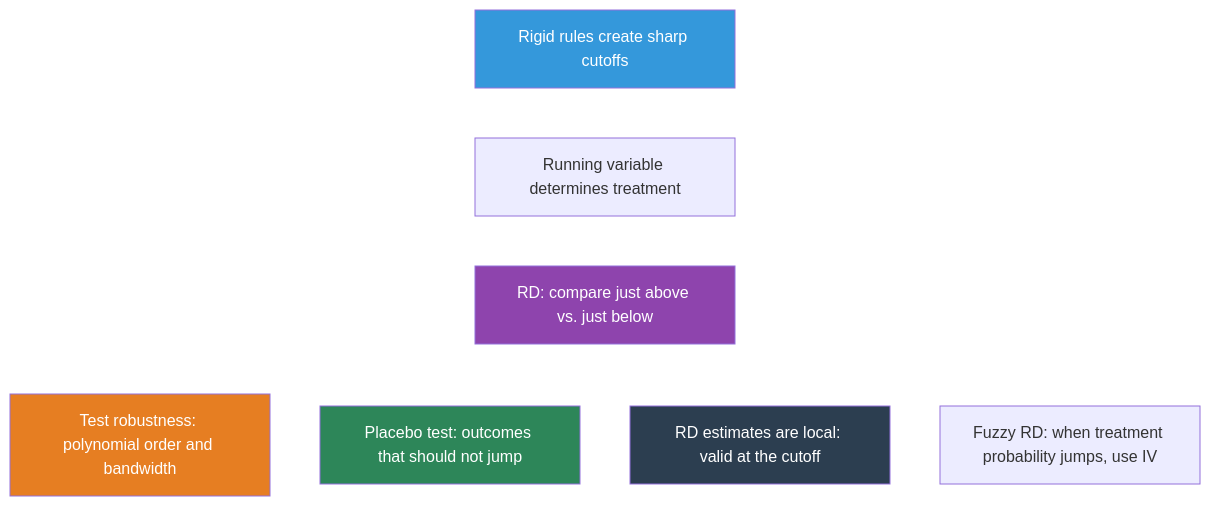
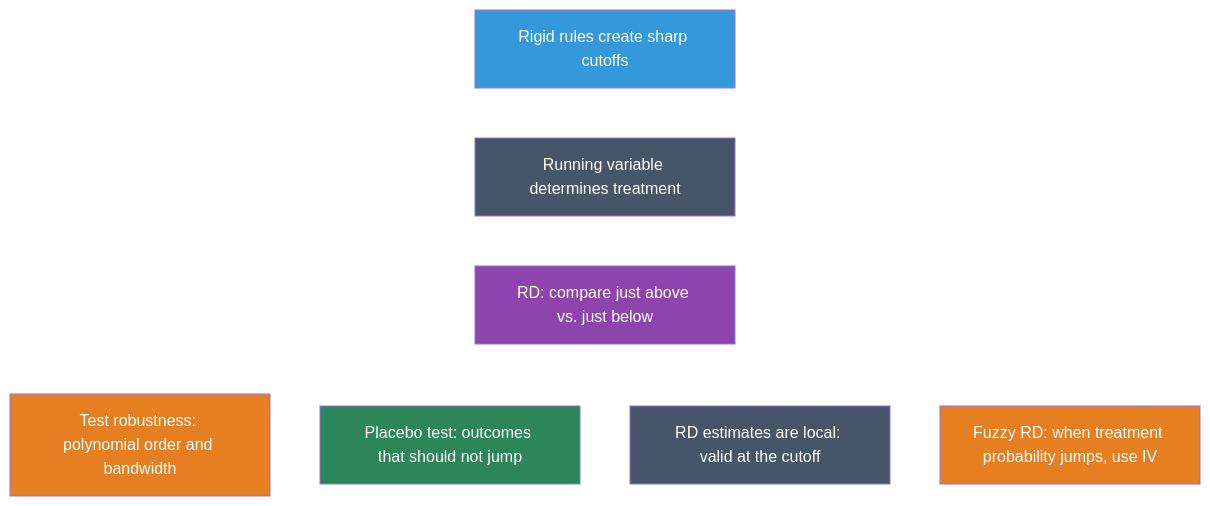
Before and after one commit to cmg777/intro2causal: the second of 2 diagrams in notebooks_md/04-regression-discontinuity.md, drawn with Mermaid. The commit also changed other lines of this file and 17 other files, not shown here.

````diff
--- a/notebooks_md/04-regression-discontinuity.md
+++ b/notebooks_md/04-regression-discontinuity.md
@@ -374,24 +465,26 @@
 ```mermaid
 
 graph TD
     Q["Rigid rules create sharp cutoffs"]
     RV["Running variable determines treatment"]
     RD["RD: compare just above vs. just below"]
     SPEC["Test robustness: polynomial order and bandwidth"]
     PLAC["Placebo test: outcomes that should not jump"]
     LOCAL["RD estimates are local: valid at the cutoff"]
     FUZZY["Fuzzy RD: when treatment probability jumps, use IV"]
 
     Q --> RV --> RD
     RD --> SPEC
     RD --> PLAC
     RD --> LOCAL
     RD --> FUZZY
 
     style Q fill:#3498db,color:#fff
+    style RV fill:#475569,color:#fff
     style RD fill:#8e44ad,color:#fff
     style SPEC fill:#e67e22,color:#fff
     style PLAC fill:#2d8659,color:#fff
-    style LOCAL fill:#2c3e50,color:#fff
+    style LOCAL fill:#475569,color:#fff
+    style FUZZY fill:#e67e22,color:#fff
     linkStyle default stroke:#fff,stroke-width:2px
 ```
````
